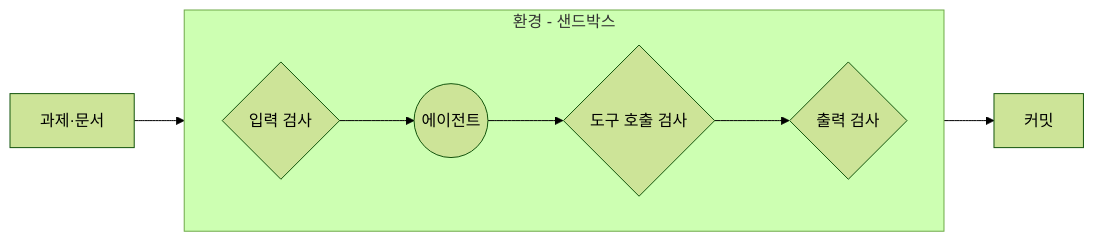
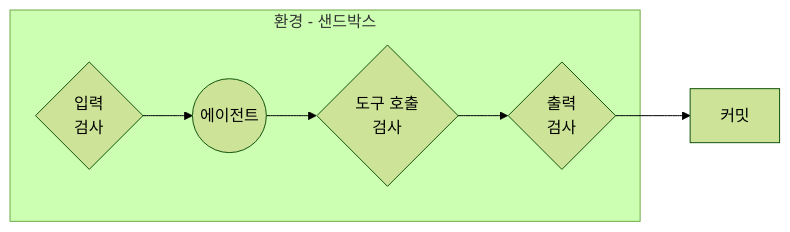
One commit to YoungSan77/TrainingMaterials changed the first of 2 diagrams in courses/ai-native/sessions/s08.md. Above: the diagram before and after it, drawn with Mermaid (forest theme). The commit also changed other lines of this file and 29 other files, not shown here.

````diff
--- a/courses/ai-native/sessions/s08.md
+++ b/courses/ai-native/sessions/s08.md
@@ -209,9 +209,9 @@
 ```mermaid
 flowchart LR
-    I["과제·문서"] --> G1
     subgraph 환경 ["환경 - 샌드박스"]
-        direction LR
-        G1{"입력 검사"} --> A(("에이전트")) --> G2{"도구 호출 검사"} --> G3{"출력 검사"}
+        G1{"입력<br/>검사"} --> A(("에이전트"))
+        A --> G2{"도구 호출<br/>검사"}
+        G2 --> G3{"출력<br/>검사"}
     end
     G3 --> O["커밋"]
 ```
````
